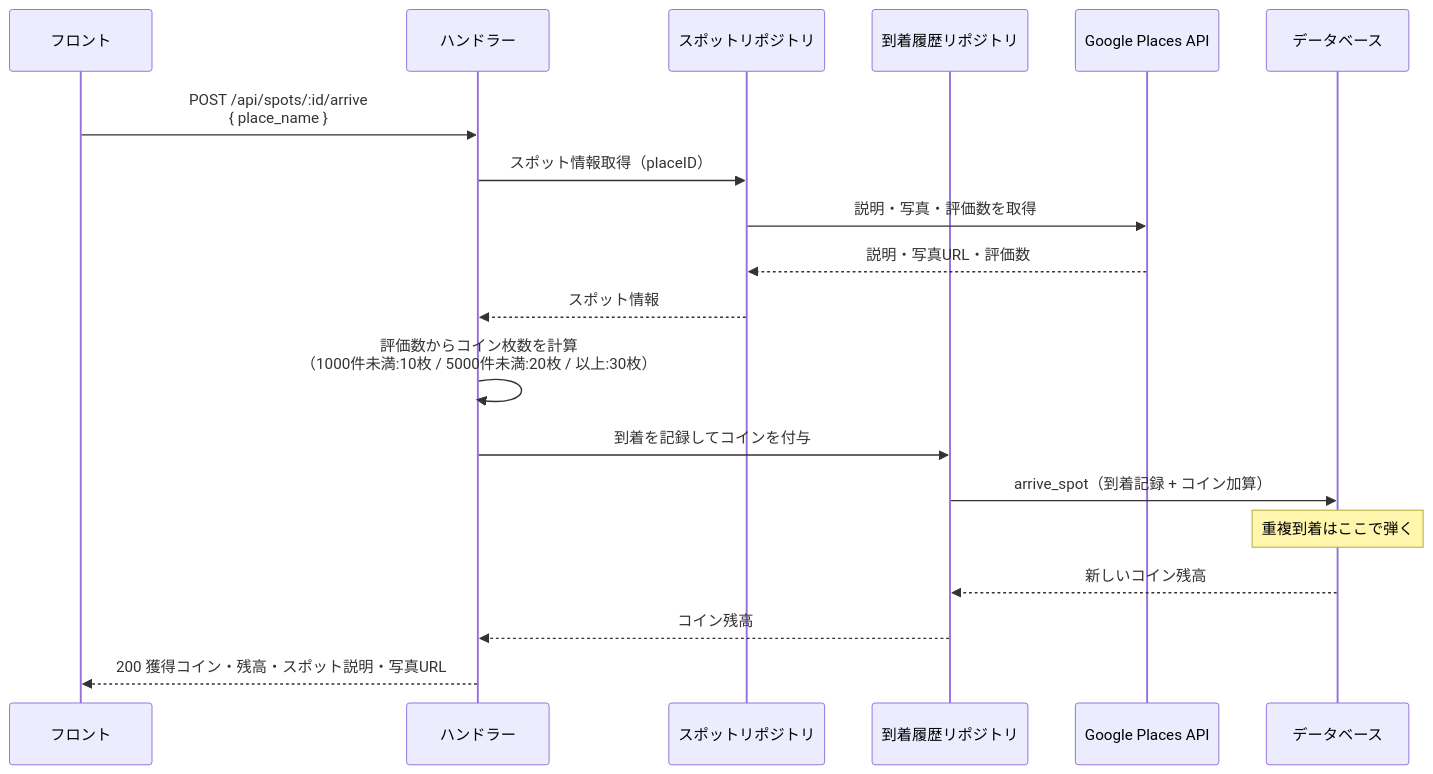
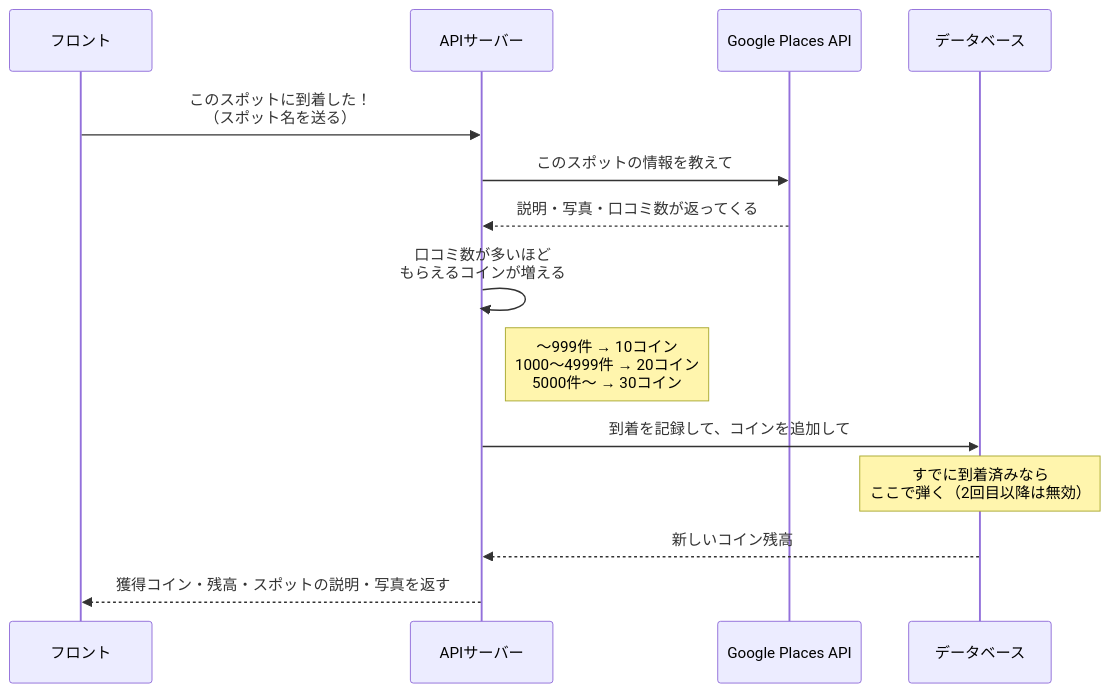
Before and after one commit to y08416/sukima-trip-backend: the first of 6 diagrams in docs/sequence.md, drawn with Mermaid. The commit also changed other lines of this file, not shown here.

Commit message:
docs: シーケンス図の説明を噛み砕いた日本語に書き直す

````diff
--- a/docs/sequence.md
+++ b/docs/sequence.md
@@ -5,26 +5,21 @@
 ```mermaid
 sequenceDiagram
     participant フロント
-    participant ハンドラー
-    participant スポットリポジトリ
-    participant 到着履歴リポジトリ
+    participant APIサーバー
     participant GooglePlaces as Google Places API
     participant DB as データベース
 
-    フロント->>ハンドラー: POST /api/spots/:id/arrive<br/>{ place_name }
+    フロント->>APIサーバー: このスポットに到着した！<br/>（スポット名を送る）
 
-    ハンドラー->>スポットリポジトリ: スポット情報取得（placeID）
-    スポットリポジトリ->>GooglePlaces: 説明・写真・評価数を取得
-    GooglePlaces-->>スポットリポジトリ: 説明・写真URL・評価数
-    スポットリポジトリ-->>ハンドラー: スポット情報
+    APIサーバー->>GooglePlaces: このスポットの情報を教えて
+    GooglePlaces-->>APIサーバー: 説明・写真・口コミ数が返ってくる
 
-    ハンドラー->>ハンドラー: 評価数からコイン枚数を計算<br/>（1000件未満:10枚 / 5000件未満:20枚 / 以上:30枚）
+    APIサーバー->>APIサーバー: 口コミ数が多いほど<br/>もらえるコインが増える
+    Note right of APIサーバー: 〜999件 → 10コイン<br/>1000〜4999件 → 20コイン<br/>5000件〜 → 30コイン
 
-    ハンドラー->>到着履歴リポジトリ: 到着を記録してコインを付与
-    到着履歴リポジトリ->>DB: arrive_spot（到着記録 + コイン加算）
-    Note over DB: 重複到着はここで弾く
-    DB-->>到着履歴リポジトリ: 新しいコイン残高
-    到着履歴リポジトリ-->>ハンドラー: コイン残高
+    APIサーバー->>DB: 到着を記録して、コインを追加して
+    Note over DB: すでに到着済みなら<br/>ここで弾く（2回目以降は無効）
+    DB-->>APIサーバー: 新しいコイン残高
 
-    ハンドラー-->>フロント: 200 獲得コイン・残高・スポット説明・写真URL
+    APIサーバー-->>フロント: 獲得コイン・残高・スポットの説明・写真を返す
 ```
````
